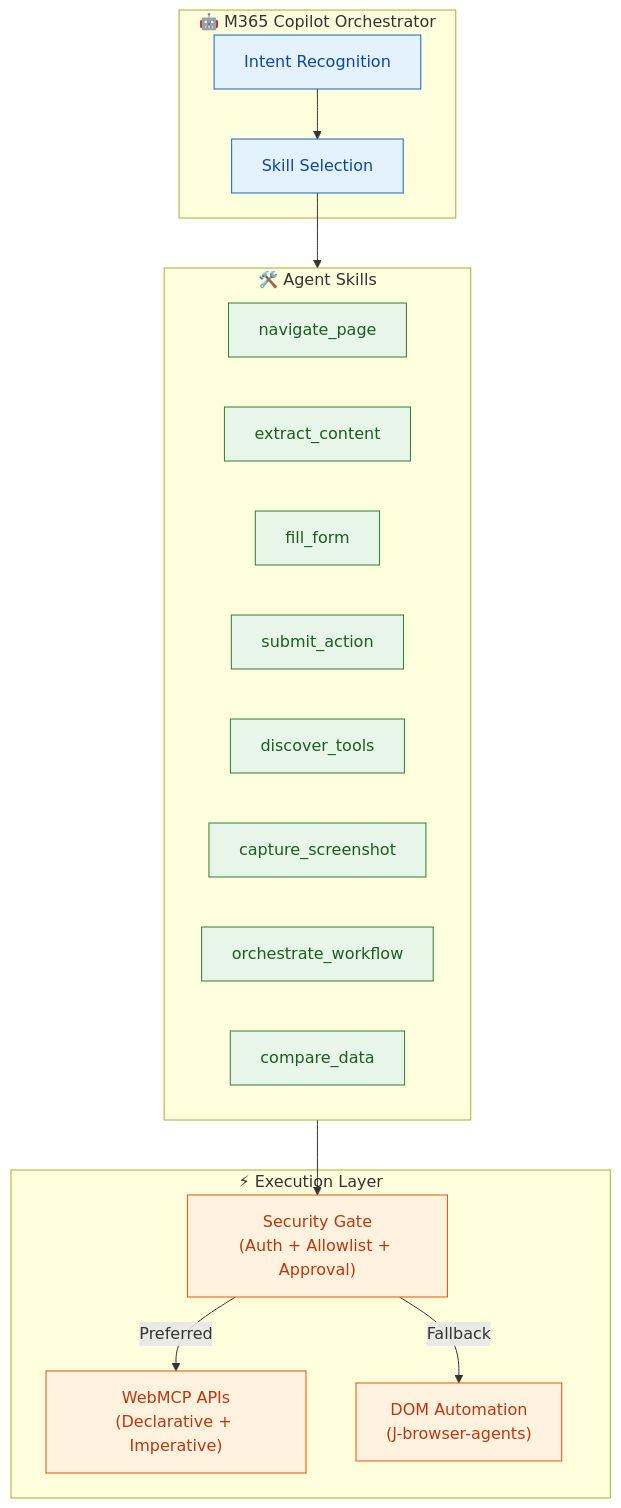
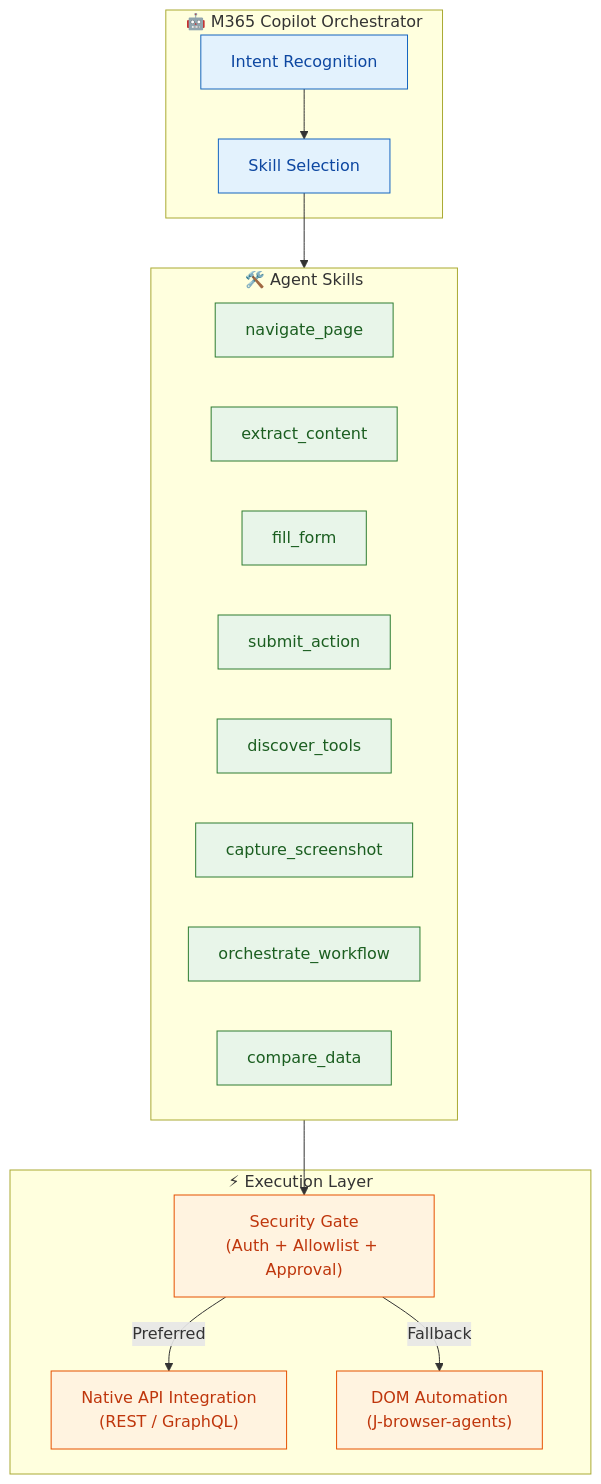
The first of 2 diagrams in skills.md (yjcmsft/Secure-Enterprise-Browser-Agentic-System), drawn with Mermaid before and after one commit. The commit also changed other lines of this file and 2 other files, not shown here.

````diff
--- a/skills.md
+++ b/skills.md
@@ -11,38 +11,38 @@
 ```mermaid
 flowchart TB
     subgraph CopilotOrchestrator["🤖 M365 Copilot Orchestrator"]
         Intent["Intent Recognition"]
         SkillSelect["Skill Selection"]
     end
 
     subgraph Skills["🛠️ Agent Skills"]
         Navigate["navigate_page"]
         Extract["extract_content"]
         FillForm["fill_form"]
         SubmitAction["submit_action"]
         Discover["discover_tools"]
         Screenshot["capture_screenshot"]
         MultiStep["orchestrate_workflow"]
         Compare["compare_data"]
     end
 
     subgraph Execution["⚡ Execution Layer"]
-        WebMCP["WebMCP APIs\n(Declarative + Imperative)"]
+        NativeAPI["Native API Integration\n(REST / GraphQL)"]
         DOM["DOM Automation\n(J-browser-agents)"]
         Security["Security Gate\n(Auth + Allowlist + Approval)"]
     end
 
     Intent --> SkillSelect
     SkillSelect --> Skills
     Skills --> Security
-    Security -->|"Preferred"| WebMCP
+    Security -->|"Preferred"| NativeAPI
     Security -->|"Fallback"| DOM
 
     classDef orchestrator fill:#E3F2FD,stroke:#1565C0,color:#0D47A1
     classDef skill fill:#E8F5E9,stroke:#2E7D32,color:#1B5E20
     classDef exec fill:#FFF3E0,stroke:#E65100,color:#BF360C
 
     class Intent,SkillSelect orchestrator
     class Navigate,Extract,FillForm,SubmitAction,Discover,Screenshot,MultiStep,Compare skill
-    class WebMCP,DOM,Security exec
+    class NativeAPI,DOM,Security exec
 ```
````
